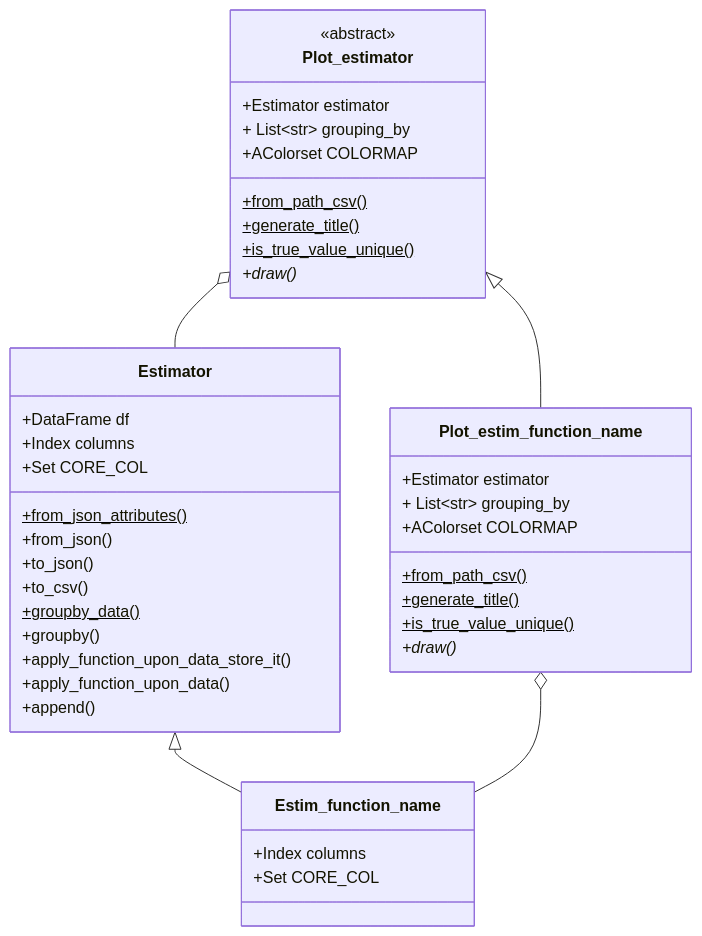
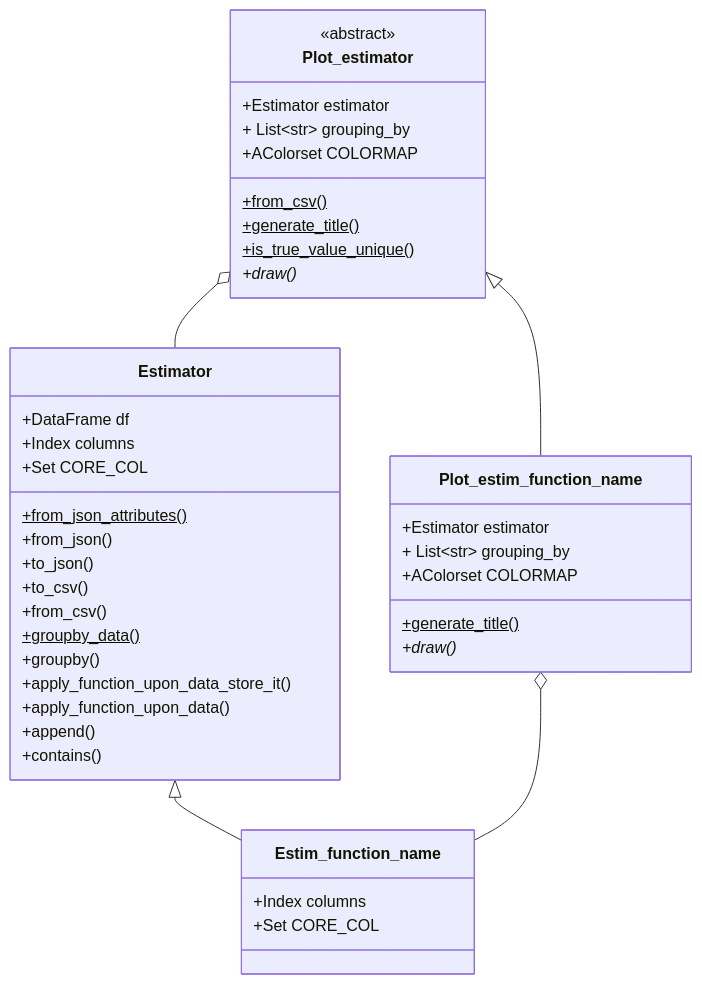
Before and after one commit to Code-Cornelius/CorAI: the third of 3 diagrams in priv_lib_estimator/how_to_use_estimators_and_plotters.MD, drawn with Mermaid. The commit also changed other lines of this file and 5 other files, not shown here.

````diff
--- a/priv_lib_estimator/how_to_use_estimators_and_plotters.MD
+++ b/priv_lib_estimator/how_to_use_estimators_and_plotters.MD
@@ -145,67 +141,63 @@
 ```mermaid
 classDiagram
         Estimator              <|-- Estim_function_name
         Plot_estimator         <|-- Plot_estim_function_name
 
         Plot_estim_function_name  o-- Estim_function_name
         Plot_estimator            o-- Estimator
         
         
         <<abstract>> Plot_estimator
         
      
         Estimator :                      +DataFrame df
         Estimator :                      +Index columns
         Estimator:                       +Set CORE_COL
         
         Estimator:                       +from_json_attributes()$
         Estimator:                       +from_json()
         Estimator:                       +to_json()
         Estimator:                       +to_csv()
+        Estimator:                       +from_csv()
         
         Estimator:                       +groupby_data()$
         Estimator:                       +groupby()
         Estimator:                       +apply_function_upon_data_store_it()
         Estimator:                       +apply_function_upon_data()
         Estimator:                       +append()
+        Estimator:                       +contains()
 
 
 
-        Plot_estimator:                +from_path_csv()$ 
+        Plot_estimator:                +from_csv()$ 
         Plot_estimator:                +generate_title()$ 
         Plot_estimator:                +is_true_value_unique()$
         Plot_estimator:                +draw()* 
 
         Plot_estimator:                +Estimator estimator 
         Plot_estimator:                + List~str~ grouping_by
         Plot_estimator:                +AColorset COLORMAP
 
 
         
 
         
-  
-
-        
-        
         Estim_function_name :                      +Index columns
         Estim_function_name:                       +Set CORE_COL
 
         
 
-        Plot_estim_function_name:                +from_path_csv()$ 
         Plot_estim_function_name:                +generate_title()$ 
-        Plot_estim_function_name:                +is_true_value_unique()$
         Plot_estim_function_name:                +draw()* 
 
         Plot_estim_function_name:                +Estimator estimator 
         Plot_estim_function_name:                + List~str~ grouping_by
         Plot_estim_function_name:                +AColorset COLORMAP
 
 
         
 
 
         
         
 ```
````
